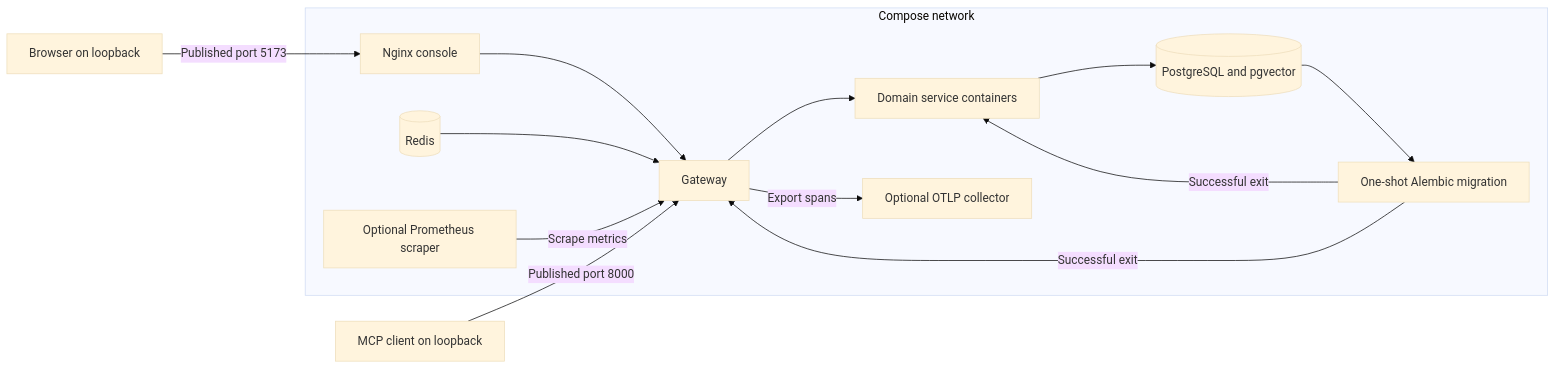
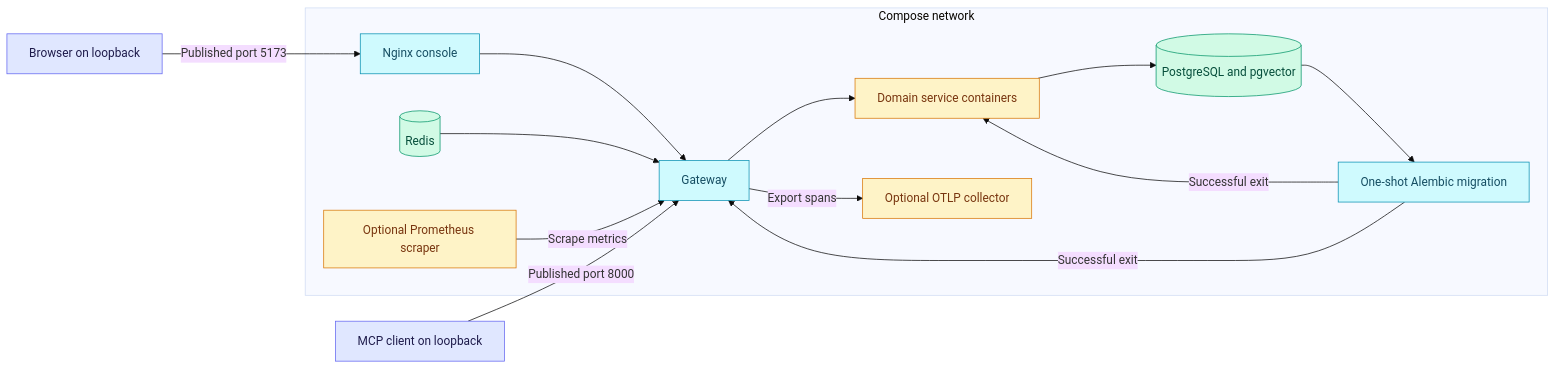
One commit to NagaRamya1531-tech/ToolMesh-AI changed the tenth of 13 diagrams in docs/architecture.md. Above: the diagram before and after it, drawn with Mermaid (base theme). The commit also changed other lines of this file and 26 other files, not shown here.

Commit message:
Complete M8 OpenAI Playground and architecture refresh

````diff
--- a/docs/architecture.md
+++ b/docs/architecture.md
@@ -288,22 +312,30 @@
 ```mermaid
 flowchart LR
     Browser["Browser on loopback"] -->|Published port 5173| Web
     Client["MCP client on loopback"] -->|Published port 8000| Gateway
     subgraph Compose["Compose network"]
         Web["Nginx console"]
         Gateway["Gateway"]
         Web --> Gateway
         Store[("PostgreSQL and pgvector")]
         Migration["One-shot Alembic migration"]
         Cache[("Redis")]
         Backend["Domain service containers"]
         Store --> Migration
         Migration -->|Successful exit| Gateway
         Migration -->|Successful exit| Backend
         Cache --> Gateway
         Gateway --> Backend
         Scraper["Optional Prometheus scraper"] -->|Scrape metrics| Gateway
         Gateway -->|Export spans| Collector["Optional OTLP collector"]
         Backend --> Store
     end
+    classDef client fill:#e0e7ff,stroke:#6366f1,color:#1e1b4b
+    classDef plane fill:#cffafe,stroke:#0891b2,color:#164e63
+    classDef store fill:#d1fae5,stroke:#059669,color:#064e3b
+    classDef boundary fill:#fef3c7,stroke:#d97706,color:#78350f
+    class Browser,Client client
+    class Web,Gateway,Migration plane
+    class Store,Cache store
+    class Backend,Scraper,Collector boundary
 ```
````
